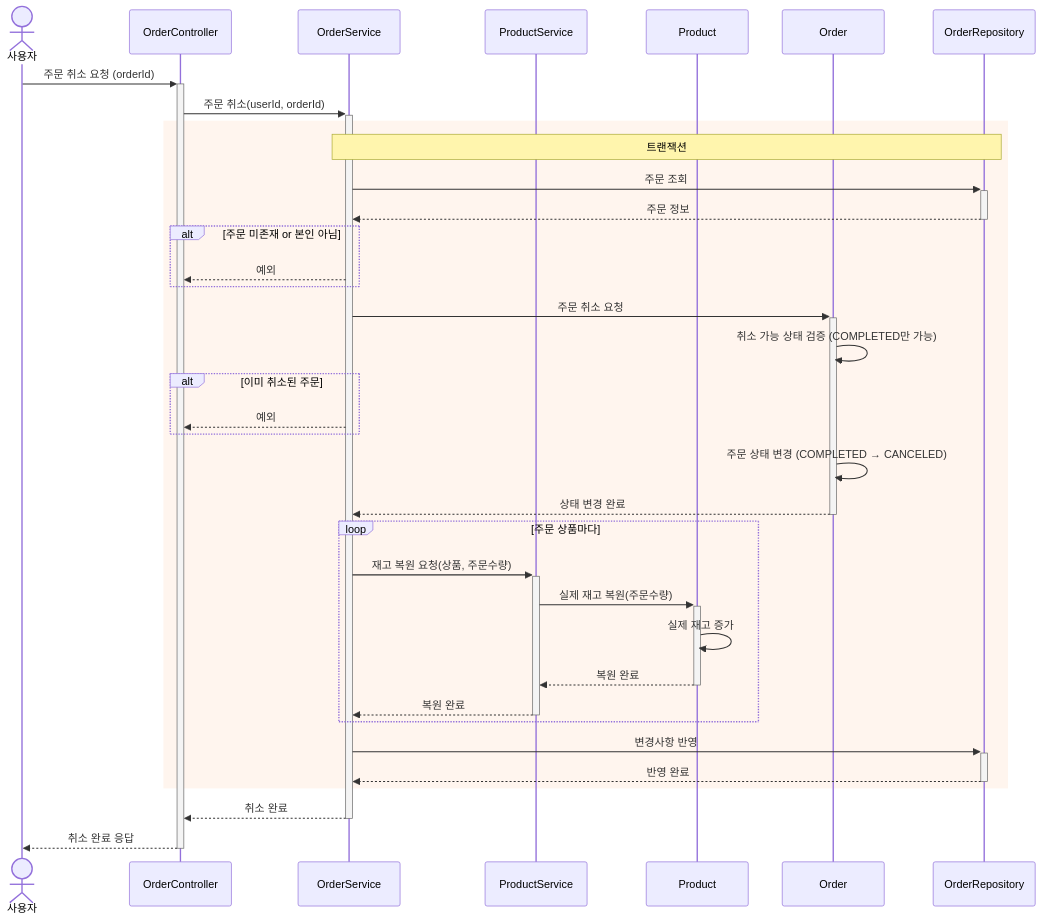
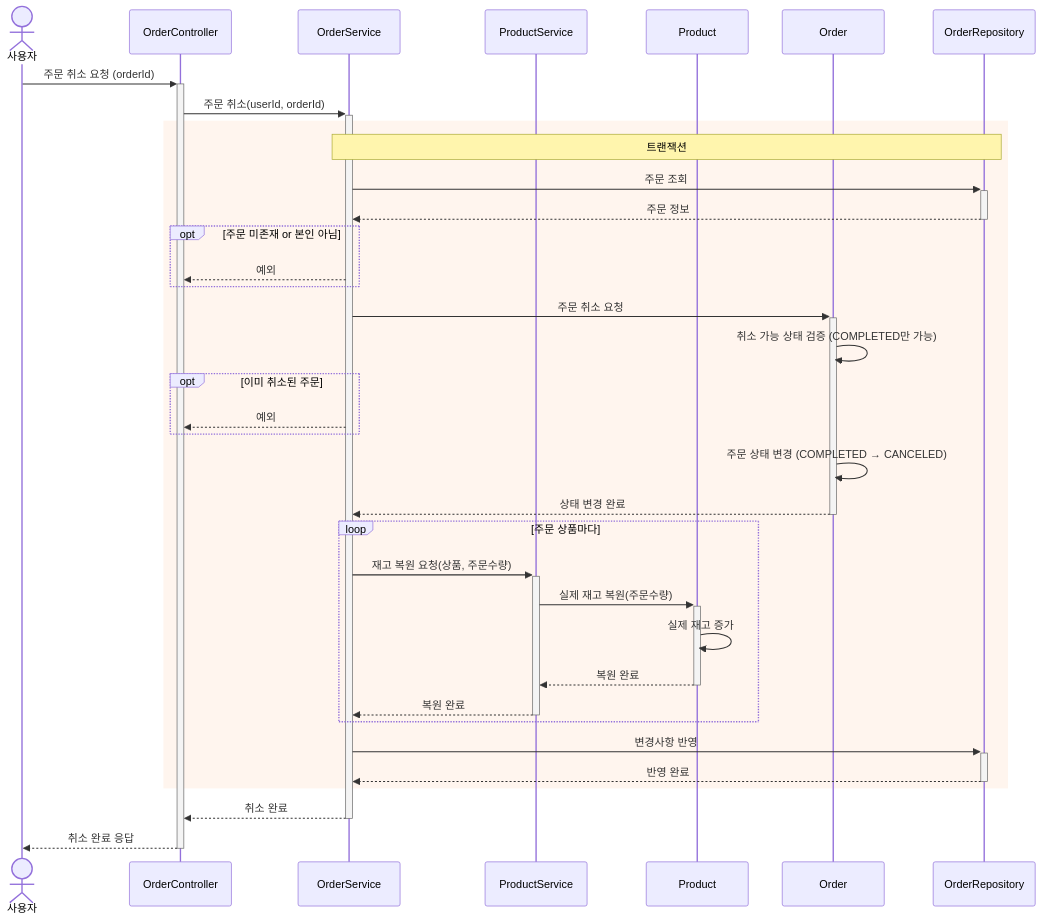
One commit to kimjunyoung90/loop-pack-be-l2-vol3-java changed diagram 19 of 23 in docs/design/02-sequence-diagrams.md. Above: the diagram before and after it, drawn with Mermaid. The commit also changed other lines of this file, not shown here.

````diff
--- a/docs/design/02-sequence-diagrams.md
+++ b/docs/design/02-sequence-diagrams.md
@@ -639,47 +639,47 @@
 ```mermaid
 sequenceDiagram
     actor User as 사용자
     participant OC as OrderController
     participant OS as OrderService
     participant PS as ProductService
     participant P as Product
     participant O as Order
     participant OR as OrderRepository
 
     User->>+OC: 주문 취소 요청 (orderId)
     OC->>+OS: 주문 취소(userId, orderId)
 
     rect rgb(255, 245, 238)
         Note over OS, OR: 트랜잭션
         OS->>+OR: 주문 조회
         OR-->>-OS: 주문 정보
 
-        alt 주문 미존재 or 본인 아님
+        opt 주문 미존재 or 본인 아님
             OS-->>OC: 예외
         end
 
         OS->>+O: 주문 취소 요청
         O->>O: 취소 가능 상태 검증 (COMPLETED만 가능)
 
-        alt 이미 취소된 주문
+        opt 이미 취소된 주문
             OS-->>OC: 예외
         end
 
         O->>O: 주문 상태 변경 (COMPLETED → CANCELED)
         O-->>-OS: 상태 변경 완료
 
         loop 주문 상품마다
             OS->>+PS: 재고 복원 요청(상품, 주문수량)
             PS->>+P: 실제 재고 복원(주문수량)
             P->>P: 실제 재고 증가
             P-->>-PS: 복원 완료
             PS-->>-OS: 복원 완료
         end
 
         OS->>+OR: 변경사항 반영
         OR-->>-OS: 반영 완료
     end
 
     OS-->>-OC: 취소 완료
     OC-->>-User: 취소 완료 응답
 ```
````
